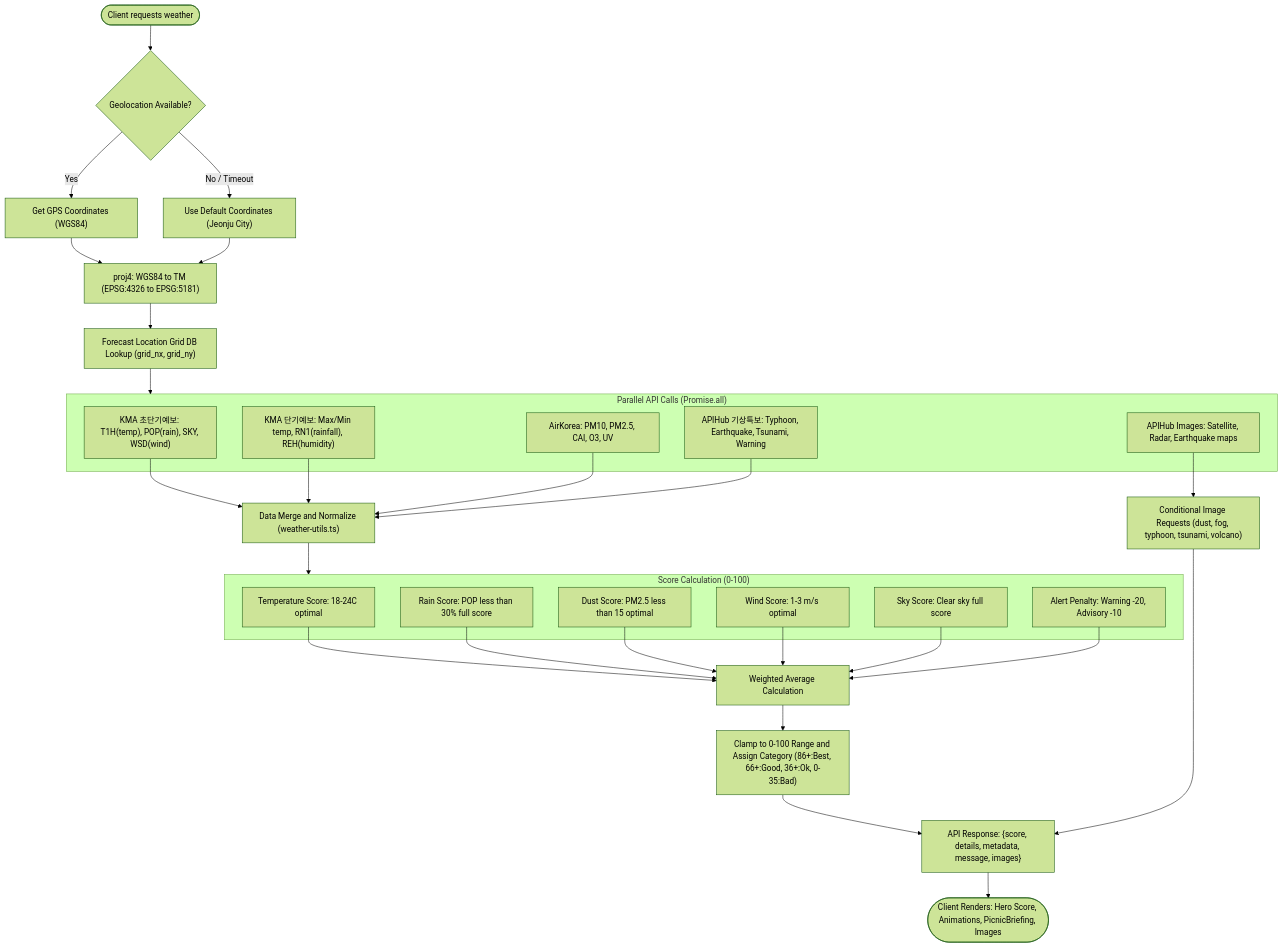
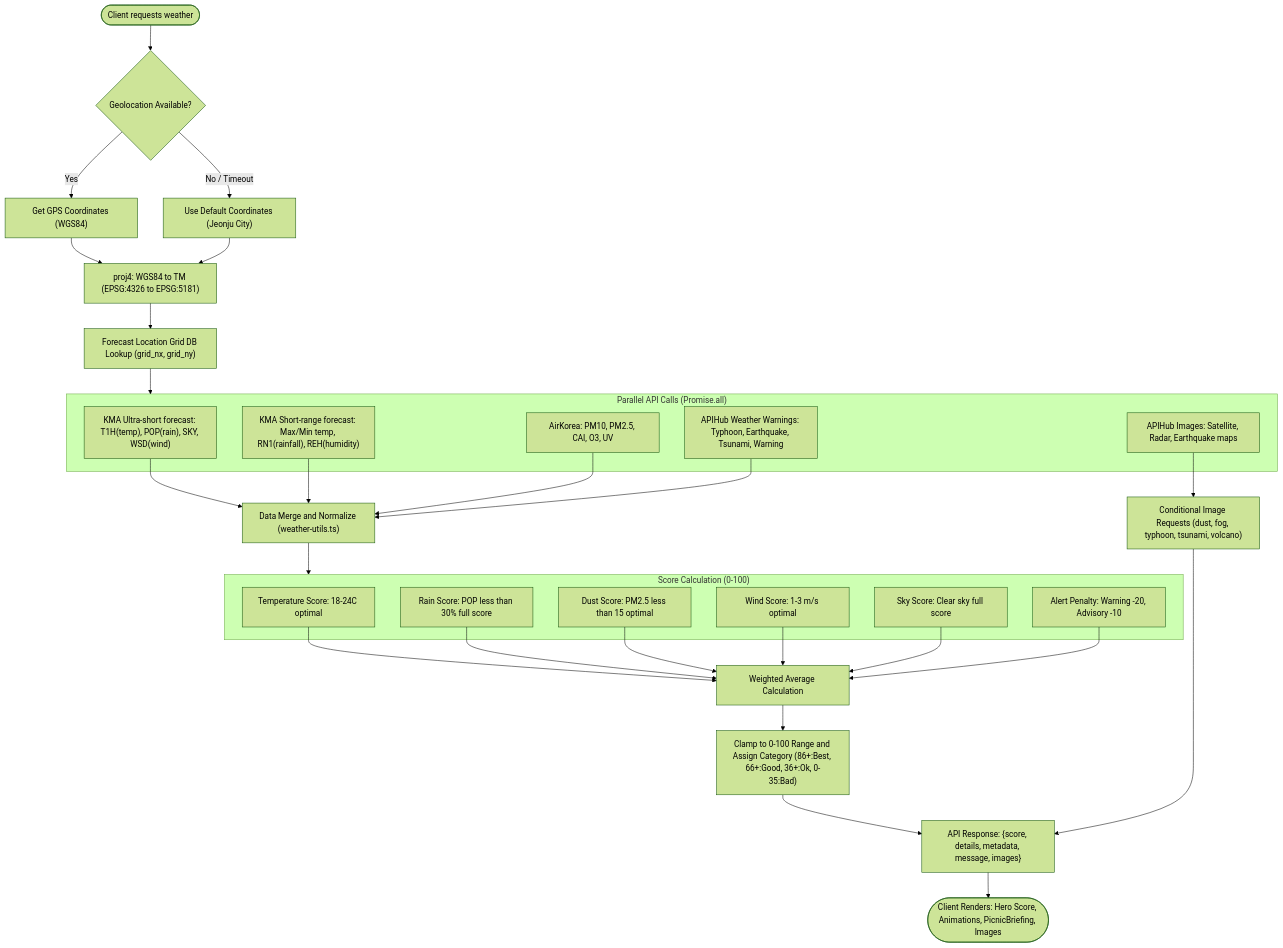
The fifth of 17 diagrams in docs/ARCHITECTURE_UML.md (kim0040/Nadeulhae), drawn with Mermaid (forest theme) before and after one commit. The commit also changed other lines of this file and 12 other files, not shown here.

````diff
--- a/docs/ARCHITECTURE_UML.md
+++ b/docs/ARCHITECTURE_UML.md
@@ -657,57 +657,57 @@
 ```mermaid
 flowchart TD
     START(["Client requests weather"])
 
     GEO{"Geolocation Available?"}
     START --> GEO
     GEO -->|"Yes"| COORDS["Get GPS Coordinates (WGS84)"]
     GEO -->|"No / Timeout"| DEFAULT_COORDS["Use Default Coordinates (Jeonju City)"]
 
     COORDS --> TM_CONV["proj4: WGS84 to TM (EPSG:4326 to EPSG:5181)"]
     DEFAULT_COORDS --> TM_CONV
 
     TM_CONV --> GRID_LOOKUP["Forecast Location Grid DB Lookup (grid_nx, grid_ny)"]
 
     GRID_LOOKUP --> PARALLEL_CALLS
     subgraph PARALLEL_CALLS["Parallel API Calls (Promise.all)"]
-        KMA_ULTRA["KMA 초단기예보: T1H(temp), POP(rain), SKY, WSD(wind)"]
-        KMA_SHORT["KMA 단기예보: Max/Min temp, RN1(rainfall), REH(humidity)"]
+        KMA_ULTRA["KMA Ultra-short forecast: T1H(temp), POP(rain), SKY, WSD(wind)"]
+        KMA_SHORT["KMA Short-range forecast: Max/Min temp, RN1(rainfall), REH(humidity)"]
         AIR_QUALITY["AirKorea: PM10, PM2.5, CAI, O3, UV"]
-        APIHUB_ALERT["APIHub 기상특보: Typhoon, Earthquake, Tsunami, Warning"]
+        APIHUB_ALERT["APIHub Weather Warnings: Typhoon, Earthquake, Tsunami, Warning"]
         APIHUB_IMAGE["APIHub Images: Satellite, Radar, Earthquake maps"]
     end
 
     KMA_ULTRA --> AGGREGATE
     KMA_SHORT --> AGGREGATE
     AIR_QUALITY --> AGGREGATE
     APIHUB_ALERT --> AGGREGATE
     APIHUB_IMAGE --> IMAGE_PROC
 
     AGGREGATE["Data Merge and Normalize (weather-utils.ts)"]
 
     AGGREGATE --> SCORE_CALC
     subgraph SCORE_CALC["Score Calculation (0-100)"]
         TEMP_SCORE["Temperature Score: 18-24C optimal"]
         RAIN_SCORE["Rain Score: POP less than 30% full score"]
         DUST_SCORE["Dust Score: PM2.5 less than 15 optimal"]
         WIND_SCORE["Wind Score: 1-3 m/s optimal"]
         SKY_SCORE["Sky Score: Clear sky full score"]
         ALERT_PENALTY["Alert Penalty: Warning -20, Advisory -10"]
     end
 
     TEMP_SCORE --> WEIGHTED_SUM
     RAIN_SCORE --> WEIGHTED_SUM
     DUST_SCORE --> WEIGHTED_SUM
     WIND_SCORE --> WEIGHTED_SUM
     SKY_SCORE --> WEIGHTED_SUM
 
     WEIGHTED_SUM["Weighted Average Calculation"]
     ALERT_PENALTY --> WEIGHTED_SUM
     WEIGHTED_SUM --> CLAMP["Clamp to 0-100 Range and Assign Category (86+:Best, 66+:Good, 36+:Ok, 0-35:Bad)"]
 
     IMAGE_PROC["Conditional Image Requests (dust, fog, typhoon, tsunami, volcano)"]
 
     CLAMP --> RESPONSE["API Response: {score, details, metadata, message, images}"]
     IMAGE_PROC --> RESPONSE
     RESPONSE --> CLIENT(["Client Renders: Hero Score, Animations, PicnicBriefing, Images"])
 ```
````
